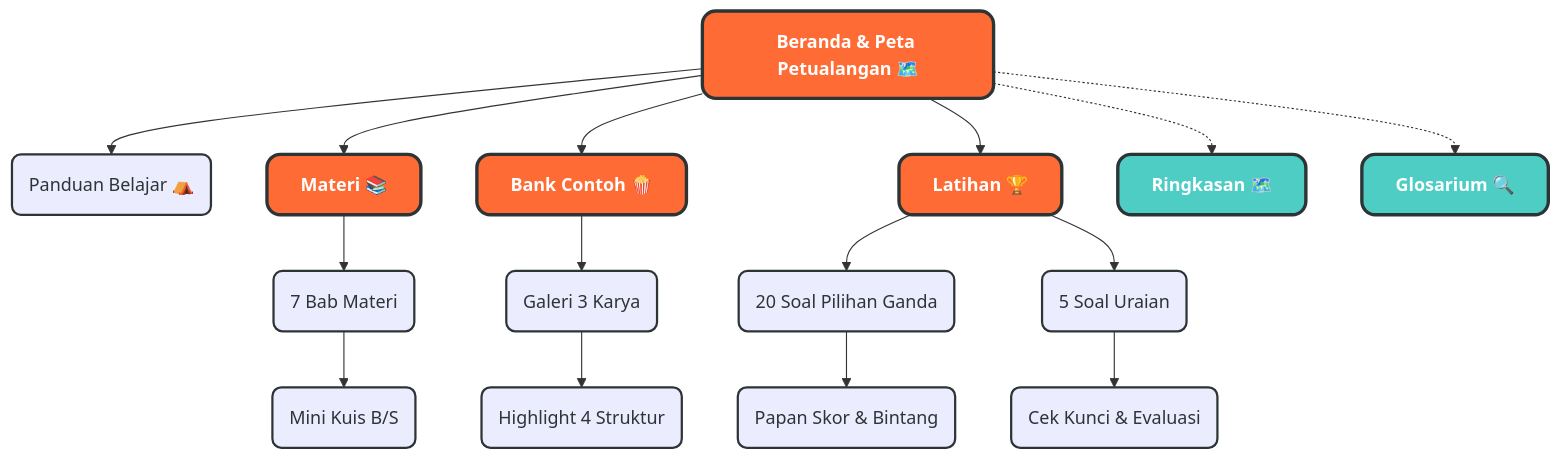
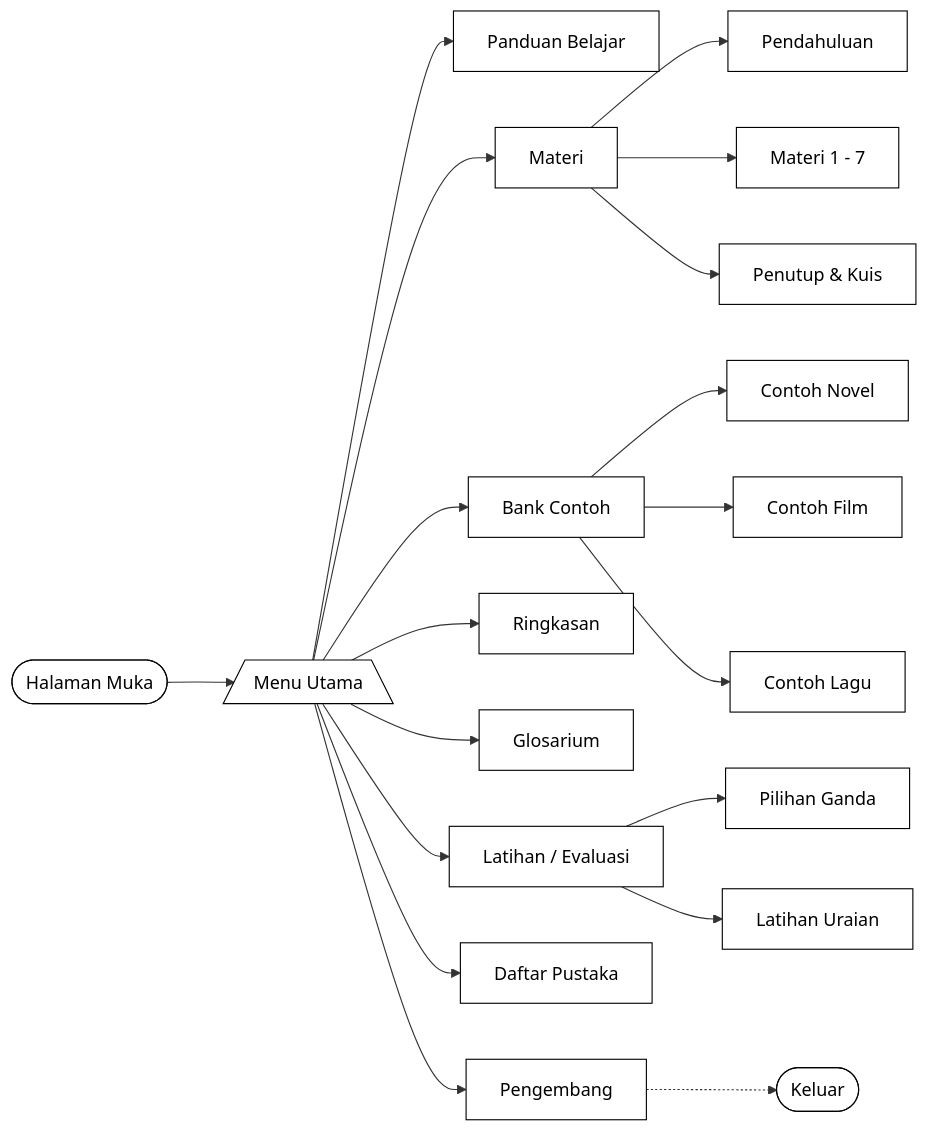
One commit to neyra-tect/Ulasin changed the diagram in README.md. Above: the diagram before and after it, drawn with Mermaid.

Commit message:
Simplify flowchart design to match book reference

````diff
--- a/README.md
+++ b/README.md
@@ -23,27 +23,30 @@
 ```mermaid
-graph TD
-    classDef mainNode fill:#FF6B35,stroke:#2D3436,stroke-width:3px,color:white,font-weight:bold,rx:12px,ry:12px
-    classDef subNode fill:#white,stroke:#2D3436,stroke-width:2px,color:#2D3436,rx:8px,ry:8px
-    classDef optNode fill:#4ECDC4,stroke:#2D3436,stroke-width:3px,color:white,font-weight:bold,rx:12px,ry:12px
+graph LR
+    classDef ellipse fill:white,stroke:black,stroke-width:1px,color:black
+    classDef rect fill:white,stroke:black,stroke-width:1px,color:black
+    classDef para fill:white,stroke:black,stroke-width:1px,color:black
 
-    A[Beranda & Peta Petualangan 🗺️]:::mainNode
+    HM([Halaman Muka]):::ellipse --> MU[/Menu Utama\]:::para
     
-    A --> B(Panduan Belajar ⛺):::subNode
-    A --> C[Materi 📚]:::mainNode
-    A --> D[Bank Contoh 🍿]:::mainNode
-    A --> E[Latihan 🏆]:::mainNode
+    MU --> PB[Panduan Belajar]:::rect
+    MU --> M[Materi]:::rect
+    MU --> BC[Bank Contoh]:::rect
+    MU --> R[Ringkasan]:::rect
+    MU --> G[Glosarium]:::rect
+    MU --> L[Latihan / Evaluasi]:::rect
+    MU --> DP[Daftar Pustaka]:::rect
+    MU --> P[Pengembang]:::rect
     
-    A -.-> F[Ringkasan 🗺️]:::optNode
-    A -.-> G[Glosarium 🔍]:::optNode
-
-    C --> C1(7 Bab Materi):::subNode
-    C1 --> C2(Mini Kuis B/S):::subNode
+    M --> M1[Pendahuluan]:::rect
+    M --> M2[Materi 1 - 7]:::rect
+    M --> M3[Penutup & Kuis]:::rect
     
-    D --> D1(Galeri 3 Karya):::subNode
-    D1 --> D2(Highlight 4 Struktur):::subNode
+    BC --> BC1[Contoh Novel]:::rect
+    BC --> BC2[Contoh Film]:::rect
+    BC --> BC3[Contoh Lagu]:::rect
     
-    E --> E1(20 Soal Pilihan Ganda):::subNode
-    E --> E2(5 Soal Uraian):::subNode
-    E1 --> E3(Papan Skor & Bintang):::subNode
-    E2 --> E4(Cek Kunci & Evaluasi):::subNode
+    L --> L1[Pilihan Ganda]:::rect
+    L --> L2[Latihan Uraian]:::rect
+    
+    P -.-> K([Keluar]):::ellipse
 ```
````
